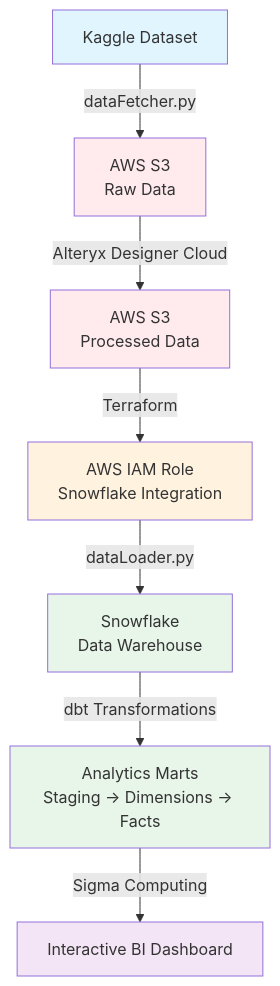
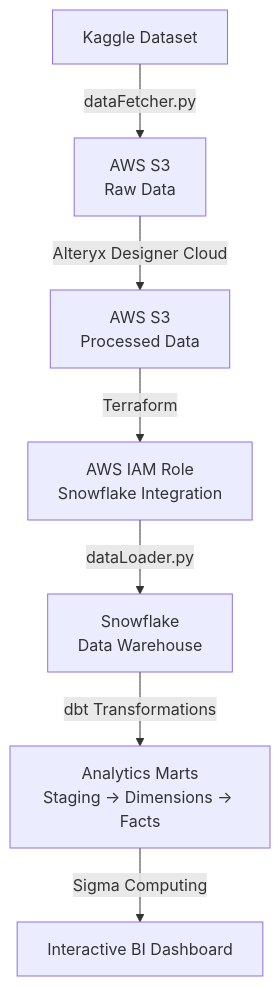
One commit to r0han01/supplyChainDataOps changed the diagram in README.md. Above: the diagram before and after it, drawn with Mermaid.

Commit message:
Remove custom colors from mermaid diagram

````diff
--- a/README.md
+++ b/README.md
@@ -20,17 +20,9 @@
 ```mermaid
 graph TB
     A[Kaggle Dataset] -->|dataFetcher.py| B[AWS S3<br/>Raw Data]
     B -->|Alteryx Designer Cloud| C[AWS S3<br/>Processed Data]
     C -->|Terraform| D[AWS IAM Role<br/>Snowflake Integration]
     D -->|dataLoader.py| E[Snowflake<br/>Data Warehouse]
     E -->|dbt Transformations| F[Analytics Marts<br/>Staging → Dimensions → Facts]
     F -->|Sigma Computing| G[Interactive BI Dashboard]
-    
-    style A fill:#e1f5ff
-    style B fill:#ffebee
-    style C fill:#ffebee
-    style D fill:#fff3e0
-    style E fill:#e8f5e9
-    style F fill:#e8f5e9
-    style G fill:#f3e5f5
 ```
````
